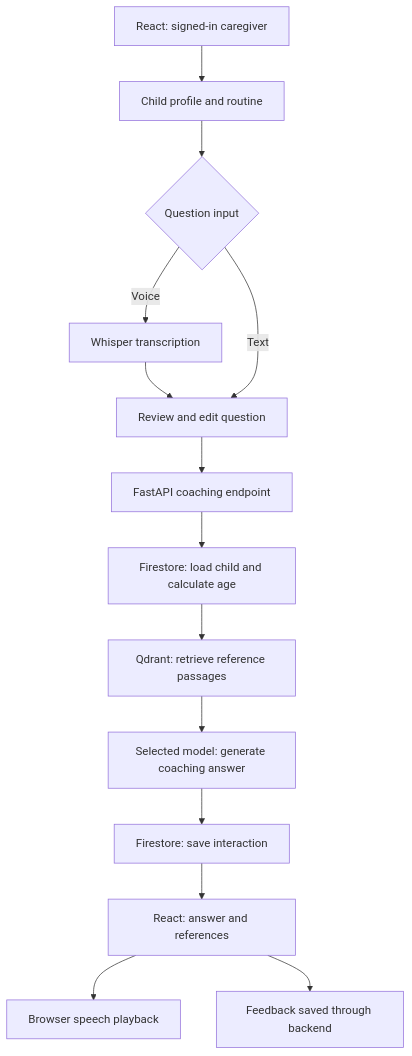
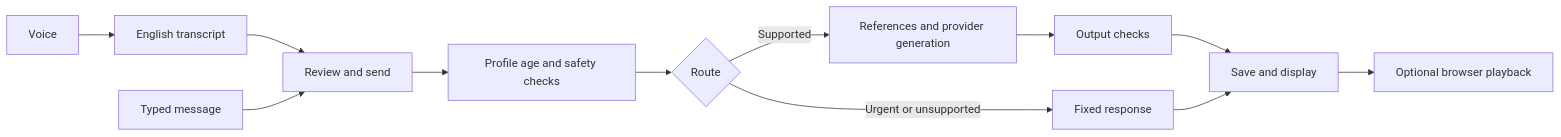
Before and after one commit to Vinit-Rabadiya/parenting-voice-assistant: the diagram in README.md, drawn with Mermaid. The commit also changed other lines of this file and 16 other files, not shown here.

````diff
--- a/README.md
+++ b/README.md
@@ -182,16 +37,14 @@
 ```mermaid
-flowchart TD
-    A[React: signed-in caregiver] --> B[Child profile and routine]
-    B --> C{Question input}
-    C -->|Voice| D[Whisper transcription]
-    D --> E[Review and edit question]
-    C -->|Text| E
-    E --> F[FastAPI coaching endpoint]
-    F --> G[Firestore: load child and calculate age]
-    G --> H[Qdrant: retrieve reference passages]
-    H --> I[Selected model: generate coaching answer]
-    I --> J[Firestore: save interaction]
-    J --> K[React: answer and references]
-    K --> L[Browser speech playback]
-    K --> M[Feedback saved through backend]
+flowchart LR
+    A[Voice] --> B[English transcript]
+    B --> C[Review and send]
+    D[Typed message] --> C
+    C --> E[Profile age and safety checks]
+    E --> F{Route}
+    F -->|Urgent or unsupported| G[Fixed response]
+    F -->|Supported| H[References and provider generation]
+    H --> I[Output checks]
+    I --> J[Save and display]
+    G --> J
+    J --> K[Optional browser playback]
 ```
````
